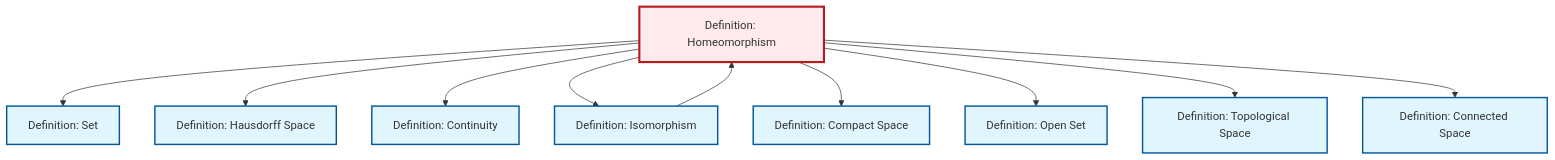
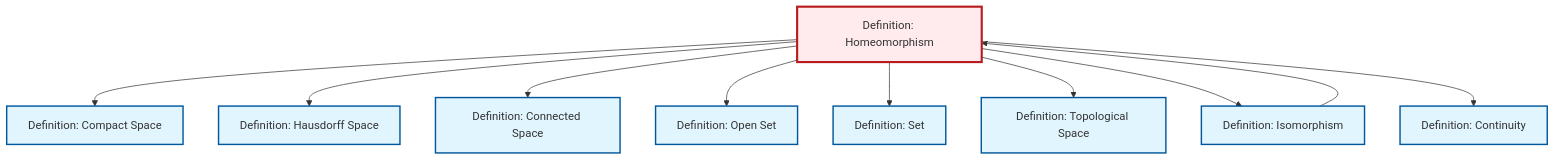
The diagram in content/ja/topology/def-homeomorphism.qmd (RK0429/ModernMath), drawn with Mermaid before and after one commit. The commit also changed other lines of this file and 531 other files, not shown here.

````diff
--- a/content/ja/topology/def-homeomorphism.qmd
+++ b/content/ja/topology/def-homeomorphism.qmd
@@ -100,36 +100,36 @@
 ```{mermaid}
 %%| fig-cap: "Local dependency graph"
 graph TD
     classDef definition fill:#e1f5fe,stroke:#01579b,stroke-width:2px
     classDef theorem fill:#f3e5f5,stroke:#4a148c,stroke-width:2px
     classDef axiom fill:#fff3e0,stroke:#e65100,stroke-width:2px
     classDef example fill:#e8f5e9,stroke:#1b5e20,stroke-width:2px
     classDef current fill:#ffebee,stroke:#b71c1c,stroke-width:3px
-    def-compact["Definition: Compact Space"]:::definition
-    def-hausdorff["Definition: Hausdorff Space"]:::definition
     def-set["Definition: Set"]:::definition
     def-homeomorphism["Definition: Homeomorphism"]:::definition
+    def-compact["Definition: Compact Space"]:::definition
+    def-topological-space["Definition: Topological Space"]:::definition
+    def-open-set["Definition: Open Set"]:::definition
+    def-connected["Definition: Connected Space"]:::definition
+    def-hausdorff["Definition: Hausdorff Space"]:::definition
+    def-continuity["Definition: Continuity"]:::definition
     def-isomorphism["Definition: Isomorphism"]:::definition
-    def-continuity["Definition: Continuity"]:::definition
-    def-topological-space["Definition: Topological Space"]:::definition
-    def-connected["Definition: Connected Space"]:::definition
-    def-open-set["Definition: Open Set"]:::definition
+    def-homeomorphism --> def-compact
+    def-homeomorphism --> def-hausdorff
+    def-homeomorphism --> def-connected
+    def-homeomorphism --> def-open-set
     def-homeomorphism --> def-set
+    def-homeomorphism --> def-topological-space
+    def-homeomorphism --> def-isomorphism
+    def-homeomorphism --> def-continuity
     def-isomorphism --> def-homeomorphism
-    def-homeomorphism --> def-hausdorff
-    def-homeomorphism --> def-continuity
-    def-homeomorphism --> def-isomorphism
-    def-homeomorphism --> def-compact
-    def-homeomorphism --> def-open-set
-    def-homeomorphism --> def-topological-space
-    def-homeomorphism --> def-connected
     class def-homeomorphism current
+    click def-set "def-set.html" "Definition: Setへ"
     click def-compact "def-compact.html" "Definition: Compact Spaceへ"
+    click def-topological-space "def-topological-space.html" "Definition: Topological Spaceへ"
+    click def-open-set "def-open-set.html" "Definition: Open Setへ"
+    click def-connected "def-connected.html" "Definition: Connected Spaceへ"
     click def-hausdorff "def-hausdorff.html" "Definition: Hausdorff Spaceへ"
-    click def-set "def-set.html" "Definition: Setへ"
+    click def-continuity "def-continuity.html" "Definition: Continuityへ"
     click def-isomorphism "def-isomorphism.html" "Definition: Isomorphismへ"
-    click def-continuity "def-continuity.html" "Definition: Continuityへ"
-    click def-topological-space "def-topological-space.html" "Definition: Topological Spaceへ"
-    click def-connected "def-connected.html" "Definition: Connected Spaceへ"
-    click def-open-set "def-open-set.html" "Definition: Open Setへ"
 ```
````
